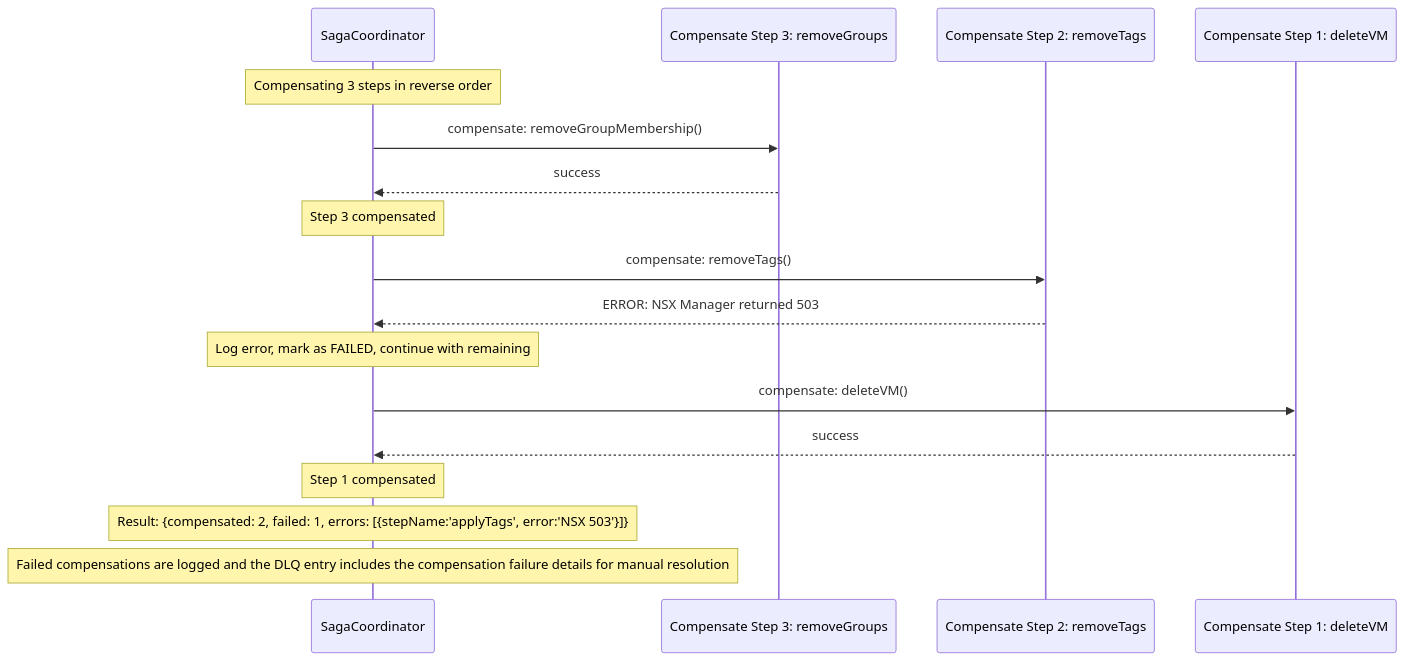
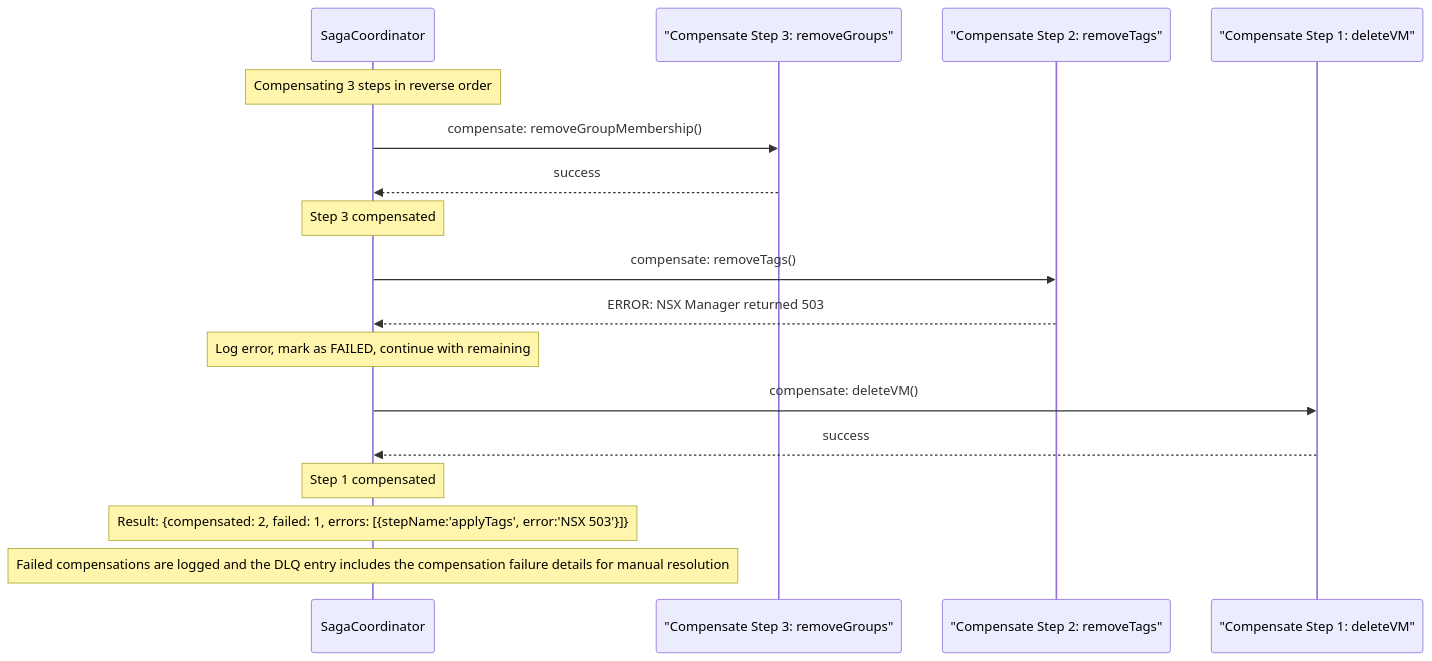
Before and after one commit to srikanth-nalam/dfw-automation-pipeline: the ninth of 13 diagrams in docs/LLD.md, drawn with Mermaid. The commit also changed other lines of this file and 12 other files, not shown here.

First line of the commit message:
fix: resolve Mermaid diagram rendering issues across all docs

````diff
--- a/docs/LLD.md
+++ b/docs/LLD.md
@@ -1318,24 +1352,24 @@
 ```mermaid
 sequenceDiagram
     participant Saga as SagaCoordinator
-    participant C3 as Compensate Step 3: removeGroups
-    participant C2 as Compensate Step 2: removeTags
-    participant C1 as Compensate Step 1: deleteVM
+    participant C3 as "Compensate Step 3: removeGroups"
+    participant C2 as "Compensate Step 2: removeTags"
+    participant C1 as "Compensate Step 1: deleteVM"
 
     Note over Saga: Compensating 3 steps in reverse order
 
     Saga->>C3: compensate: removeGroupMembership()
     C3-->>Saga: success
     Note over Saga: Step 3 compensated
 
     Saga->>C2: compensate: removeTags()
     C2-->>Saga: ERROR: NSX Manager returned 503
     Note over Saga: Log error, mark as FAILED, continue with remaining
 
     Saga->>C1: compensate: deleteVM()
     C1-->>Saga: success
     Note over Saga: Step 1 compensated
 
     Note over Saga: Result: {compensated: 2, failed: 1, errors: [{stepName:'applyTags', error:'NSX 503'}]}
     Note over Saga: Failed compensations are logged and the DLQ entry includes the compensation failure details for manual resolution
 ```
````
